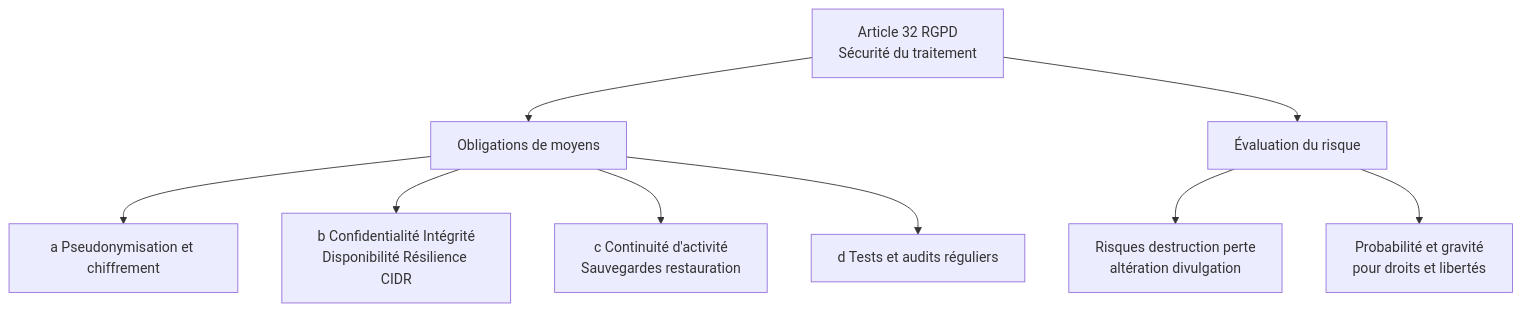
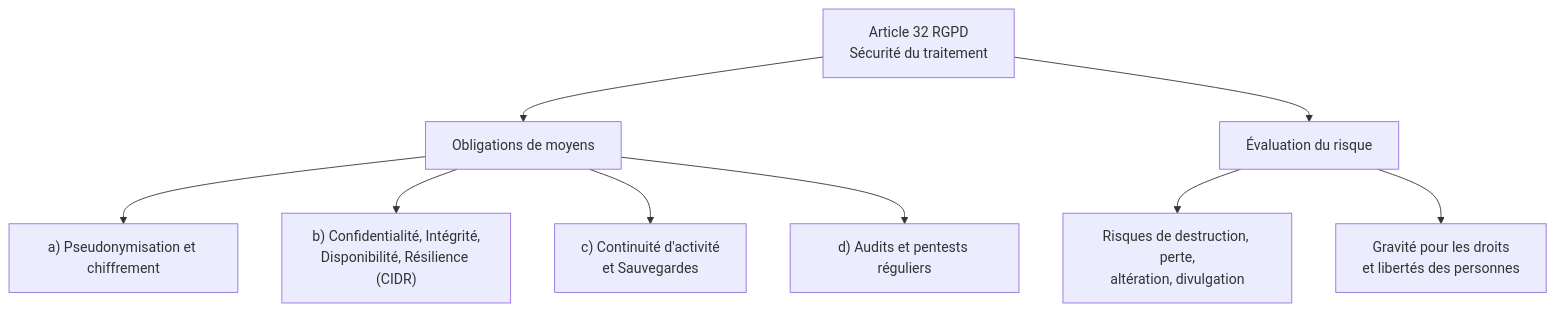
Before and after one commit to zyrass/omnydocs: the third of 7 diagrams in docs/cursus-forensic/01-cycle-0-fondations/module-1-legislation/08-rgpd-articles-32-33-34.md, drawn with Mermaid. The commit also changed other lines of this file and 171 other files, not shown here.

````diff
--- a/docs/cursus-forensic/01-cycle-0-fondations/module-1-legislation/08-rgpd-articles-32-33-34.md
+++ b/docs/cursus-forensic/01-cycle-0-fondations/module-1-legislation/08-rgpd-articles-32-33-34.md
@@ -144,13 +145,13 @@
 ```mermaid
 flowchart TB
-    A[Article 32 RGPD<br>Sécurité du traitement] --> B[Obligations de moyens]
-    A --> C[Évaluation du risque]
+    A["Article 32 RGPD<br>Sécurité du traitement"] --> B["Obligations de moyens"]
+    A --> C["Évaluation du risque"]
 
-    B --> B1[a Pseudonymisation et chiffrement]
-    B --> B2[b Confidentialité Intégrité<br>Disponibilité Résilience CIDR]
-    B --> B3[c Continuité d'activité<br>Sauvegardes restauration]
-    B --> B4[d Tests et audits réguliers]
+    B --> B1["a) Pseudonymisation et chiffrement"]
+    B --> B2["b) Confidentialité, Intégrité,<br>Disponibilité, Résilience (CIDR)"]
+    B --> B3["c) Continuité d'activité<br>et Sauvegardes"]
+    B --> B4["d) Audits et pentests réguliers"]
 
-    C --> C1[Risques destruction perte<br>altération divulgation]
-    C --> C2[Probabilité et gravité<br>pour droits et libertés]
+    C --> C1["Risques de destruction, perte,<br>altération, divulgation"]
+    C --> C2["Gravité pour les droits<br>et libertés des personnes"]
 ```
````
